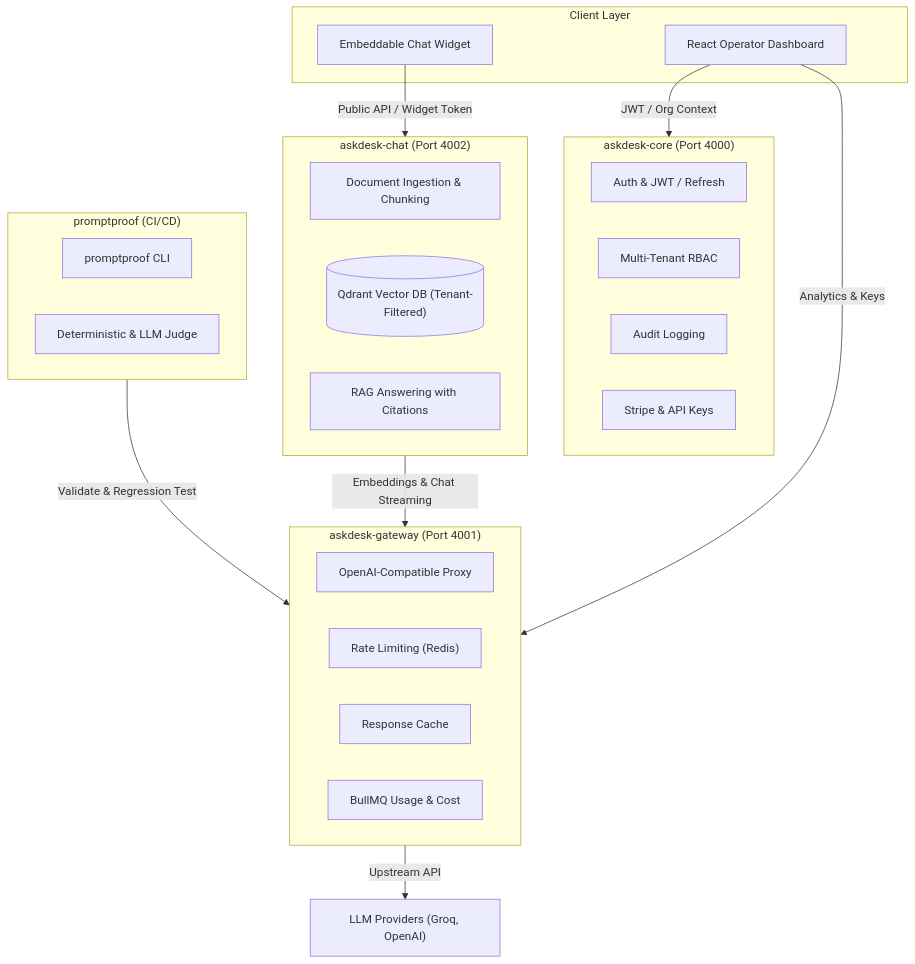
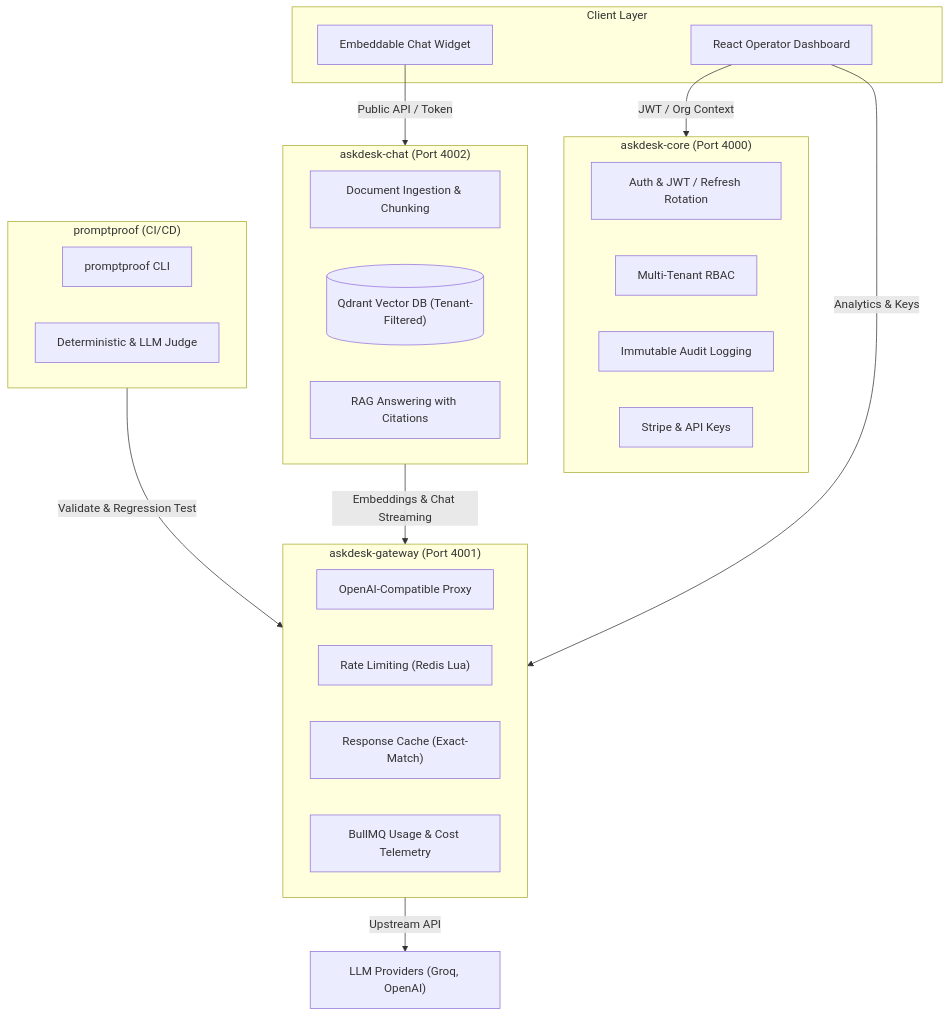
Before and after one commit to megha250903/AskDesk: the diagram in README.md, drawn with Mermaid. The commit also changed other lines of this file and 1 other file, not shown here.

Commit message:
docs: clean and professionalize README, remove tutorial roadmap tables and add full API reference

````diff
--- a/README.md
+++ b/README.md
@@ -29,39 +26,39 @@
 ```mermaid
 graph TD
     subgraph Client ["Client Layer"]
         Widget["Embeddable Chat Widget"]
         Dashboard["React Operator Dashboard"]
     end
 
     subgraph Core ["askdesk-core (Port 4000)"]
-        Auth["Auth & JWT / Refresh"]
+        Auth["Auth & JWT / Refresh Rotation"]
         RBAC["Multi-Tenant RBAC"]
-        Audit["Audit Logging"]
+        Audit["Immutable Audit Logging"]
         Billing["Stripe & API Keys"]
     end
 
     subgraph Gateway ["askdesk-gateway (Port 4001)"]
         Proxy["OpenAI-Compatible Proxy"]
-        TokenBucket["Rate Limiting (Redis)"]
-        Cache["Response Cache"]
-        Queue["BullMQ Usage & Cost"]
+        TokenBucket["Rate Limiting (Redis Lua)"]
+        Cache["Response Cache (Exact-Match)"]
+        Queue["BullMQ Usage & Cost Telemetry"]
     end
 
     subgraph ChatEngine ["askdesk-chat (Port 4002)"]
         Ingest["Document Ingestion & Chunking"]
         Qdrant[("Qdrant Vector DB (Tenant-Filtered)")]
         RAG["RAG Answering with Citations"]
     end
 
     subgraph Eval ["promptproof (CI/CD)"]
         CLI["promptproof CLI"]
         Assertions["Deterministic & LLM Judge"]
     end
 
-    Widget -->|Public API / Widget Token| ChatEngine
+    Widget -->|Public API / Token| ChatEngine
     Dashboard -->|JWT / Org Context| Core
     Dashboard -->|Analytics & Keys| Gateway
     ChatEngine -->|Embeddings & Chat Streaming| Gateway
     Gateway -->|Upstream API| LLMProviders["LLM Providers (Groq, OpenAI)"]
     Eval -->|Validate & Regression Test| Gateway
 ```
````
